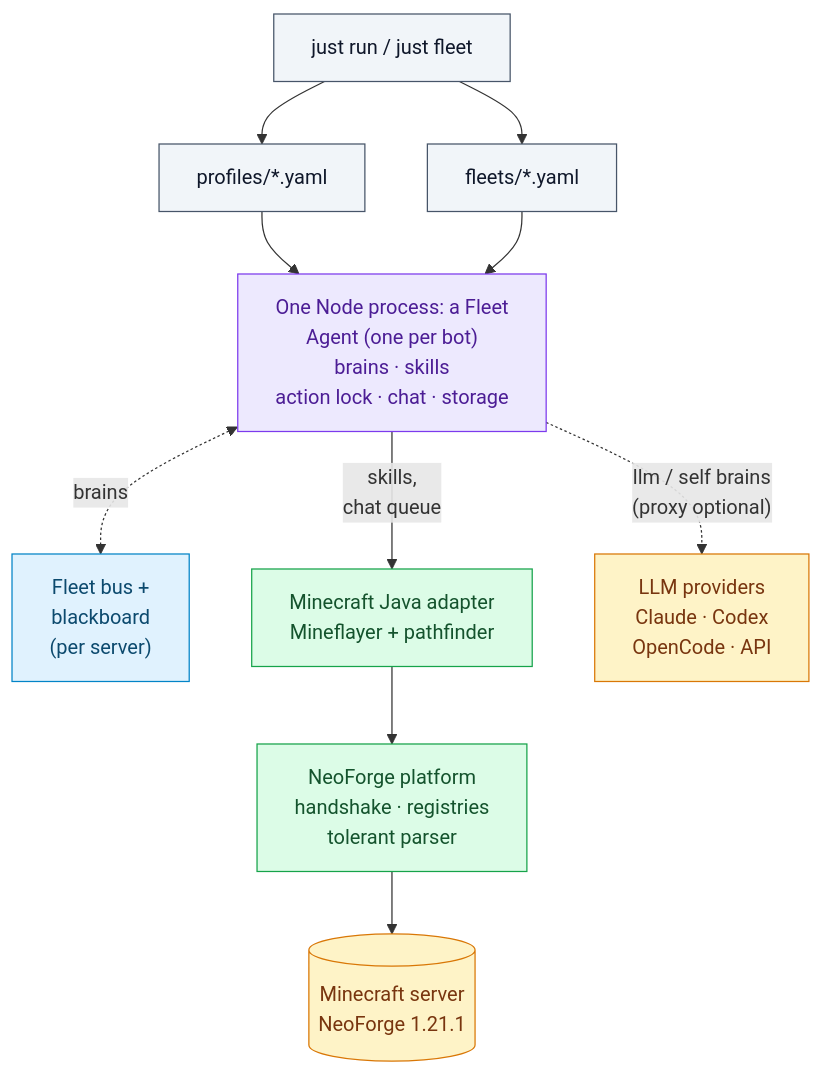
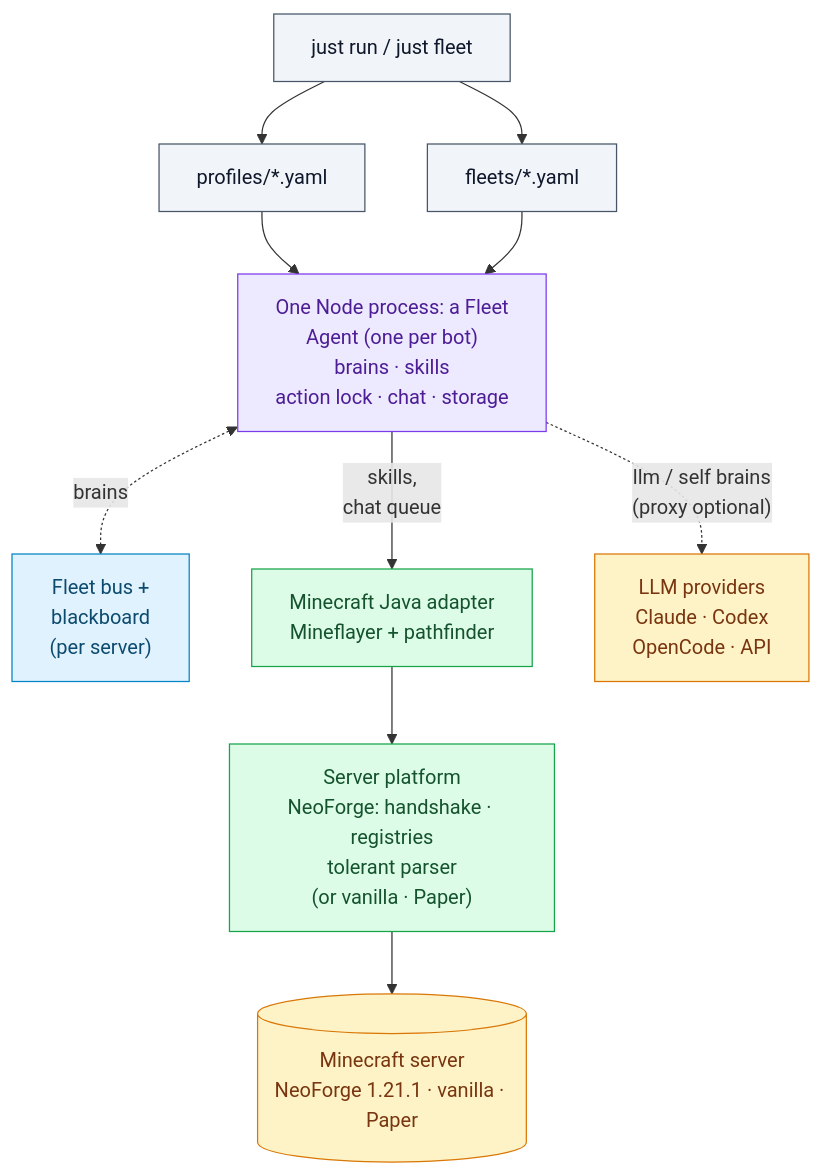
The first of 4 diagrams in docs/concepts/architecture.md (thereisnotime/golemkit), drawn with Mermaid before and after one commit. The commit also changed other lines of this file and 3 other files, not shown here.

Commit message:
architecture and writing guides: brains list, events, priorities and capabilities match the code

````diff
--- a/docs/concepts/architecture.md
+++ b/docs/concepts/architecture.md
@@ -20,24 +21,24 @@
 ```mermaid
 flowchart TB
   CLI["just run / just fleet"]
   CLI --> PROF["profiles/*.yaml"] & FLEET["fleets/*.yaml"]
   AG["One Node process: a Fleet<br/>Agent (one per bot)<br/>brains · skills<br/>action lock · chat · storage"]
   BUS["Fleet bus +<br/>blackboard<br/>(per server)"]
   PROF & FLEET --> AG
   AG <-.->|"brains"| BUS
   AG -->|"skills,<br/>chat queue"| MF["Minecraft Java adapter<br/>Mineflayer + pathfinder"]
   AG -.->|"llm / self brains<br/>(proxy optional)"| LLM["LLM providers<br/>Claude · Codex<br/>OpenCode · API"]
-  MF --> NF["NeoForge platform<br/>handshake · registries<br/>tolerant parser"]
-  NF --> SRV[("Minecraft server<br/>NeoForge 1.21.1")]
+  MF --> NF["Server platform<br/>NeoForge: handshake · registries<br/>tolerant parser<br/>(or vanilla · Paper)"]
+  NF --> SRV[("Minecraft server<br/>NeoForge 1.21.1 · vanilla · Paper")]
   classDef run fill:#f1f5f9,stroke:#475569,color:#0f172a
   classDef brain fill:#ede9fe,stroke:#7c3aed,color:#4c1d95
   classDef lock fill:#fee2e2,stroke:#dc2626,color:#7f1d1d
   classDef skill fill:#e0f2fe,stroke:#0284c7,color:#0c4a6e
   classDef lib fill:#dcfce7,stroke:#16a34a,color:#14532d
   classDef ext fill:#fef3c7,stroke:#d97706,color:#78350f
   class CLI,PROF,FLEET run
   class AG brain
   class BUS skill
   class MF,NF lib
   class LLM,SRV ext
 ```
````
